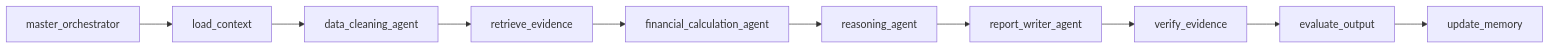
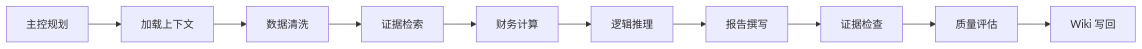
One commit to ljt-sss/A_stock_analysis_agent changed the second of 3 diagrams in README.md. Above: the diagram before and after it, drawn with Mermaid. The commit also changed other lines of this file and 27 other files, not shown here.

````diff
--- a/README.md
+++ b/README.md
@@ -47,12 +73,12 @@
 ```mermaid
 flowchart LR
-    A["master_orchestrator"] --> B["load_context"]
-    B --> C["data_cleaning_agent"]
-    C --> D["retrieve_evidence"]
-    D --> E["financial_calculation_agent"]
-    E --> F["reasoning_agent"]
-    F --> G["report_writer_agent"]
-    G --> H["verify_evidence"]
-    H --> I["evaluate_output"]
-    I --> J["update_memory"]
+    A["主控规划"] --> B["加载上下文"]
+    B --> C["数据清洗"]
+    C --> D["证据检索"]
+    D --> E["财务计算"]
+    E --> F["逻辑推理"]
+    F --> G["报告撰写"]
+    G --> H["证据检查"]
+    H --> I["质量评估"]
+    I --> J["Wiki 写回"]
 ```
````
